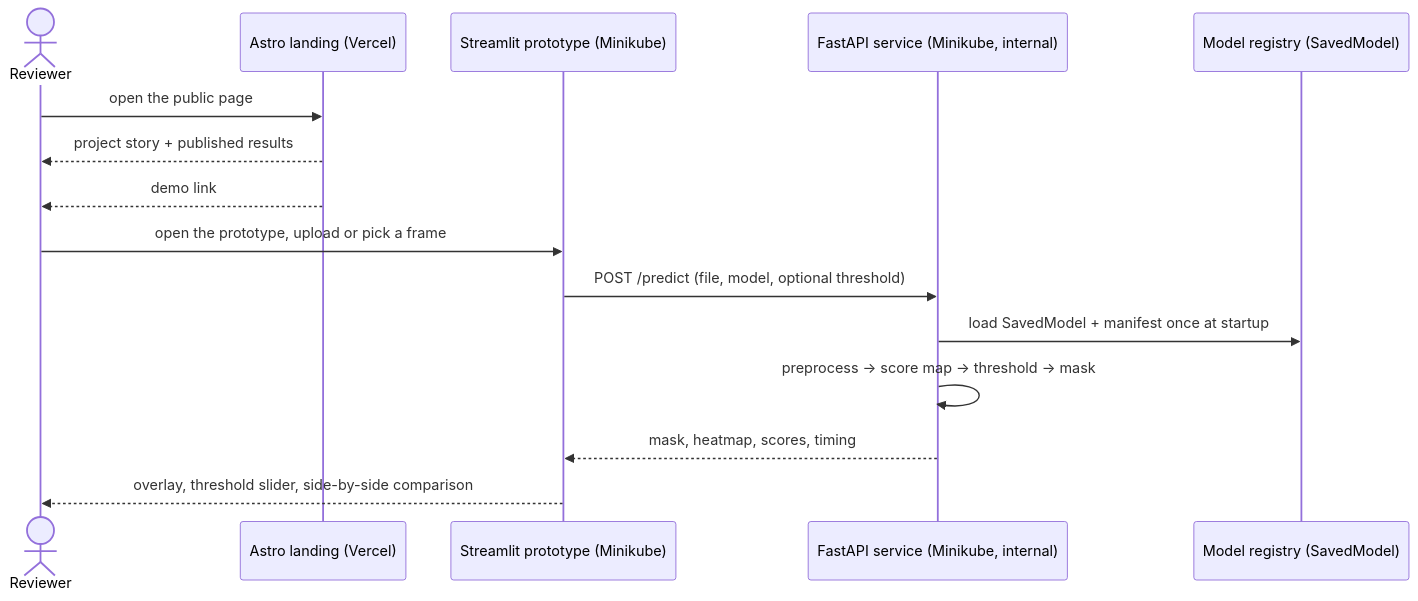
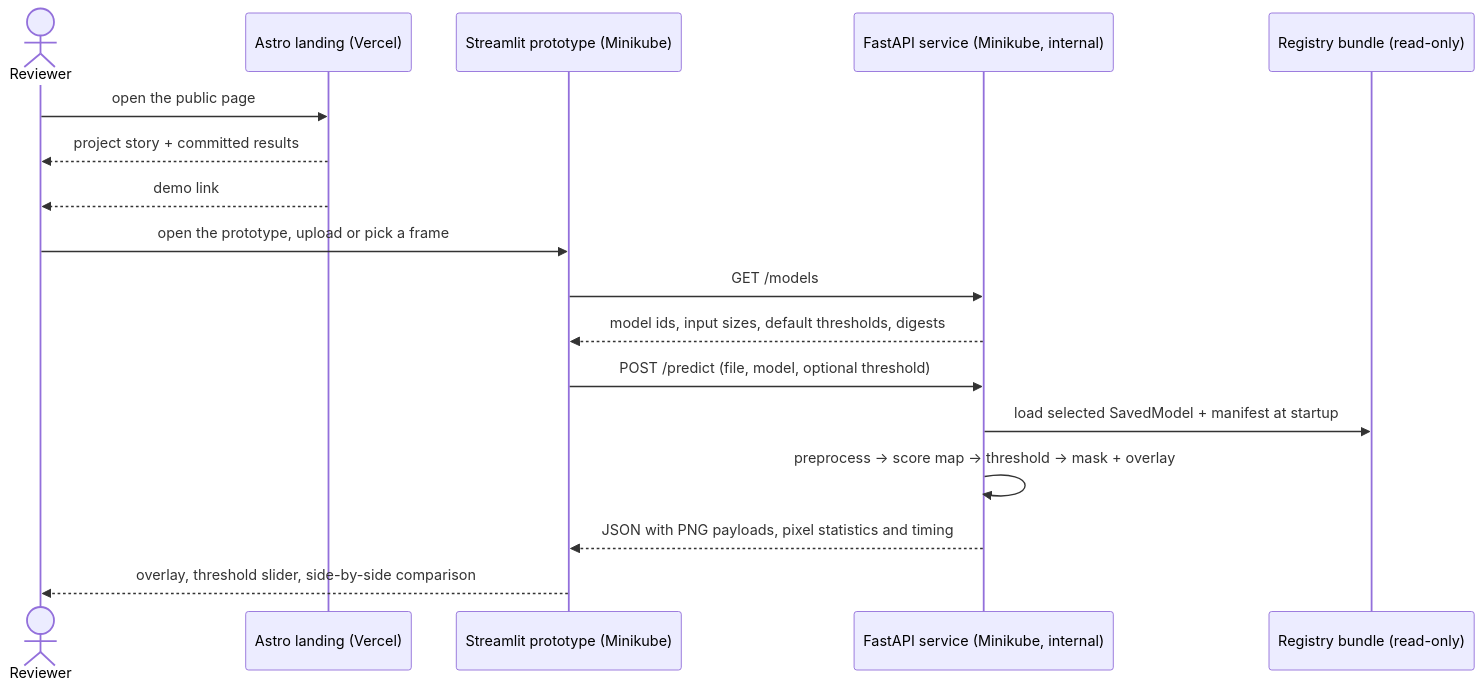
One commit to adriansalvadorekomo/RoadAnomaly changed the third of 5 diagrams in docs/architecture/README.md. Above: the diagram before and after it, drawn with Mermaid. The commit also changed other lines of this file and 24 other files, not shown here.

First line of the commit message:
docs: align CRISP-DM architecture, API and deployment contracts

````diff
--- a/docs/architecture/README.md
+++ b/docs/architecture/README.md
@@ -149,17 +192,19 @@
 ```mermaid
 sequenceDiagram
   actor U as Reviewer
   participant L as Astro landing (Vercel)
   participant S as Streamlit prototype (Minikube)
   participant A as FastAPI service (Minikube, internal)
-  participant R as Model registry (SavedModel)
+  participant R as Registry bundle (read-only)
   U->>L: open the public page
-  L-->>U: project story + published results
+  L-->>U: project story + committed results
   L-->>U: demo link
   U->>S: open the prototype, upload or pick a frame
+  S->>A: GET /models
+  A-->>S: model ids, input sizes, default thresholds, digests
   S->>A: POST /predict (file, model, optional threshold)
-  A->>R: load SavedModel + manifest once at startup
-  A->>A: preprocess → score map → threshold → mask
-  A-->>S: mask, heatmap, scores, timing
+  A->>R: load selected SavedModel + manifest at startup
+  A->>A: preprocess -> score map -> threshold -> mask + overlay
+  A-->>S: JSON with PNG payloads, pixel statistics and timing
   S-->>U: overlay, threshold slider, side-by-side comparison
 ```
````
